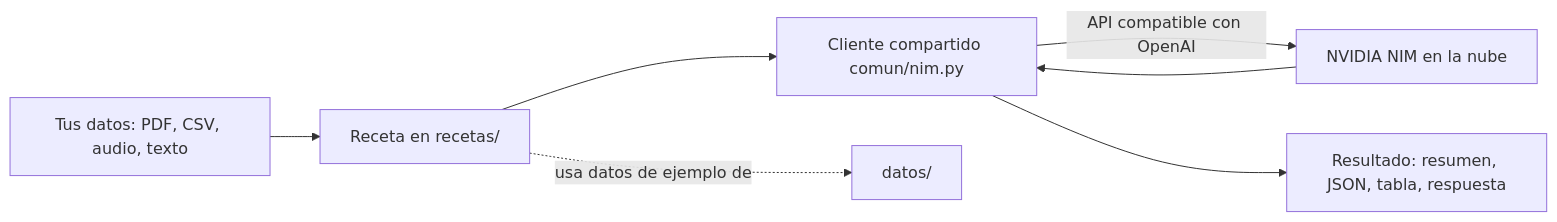
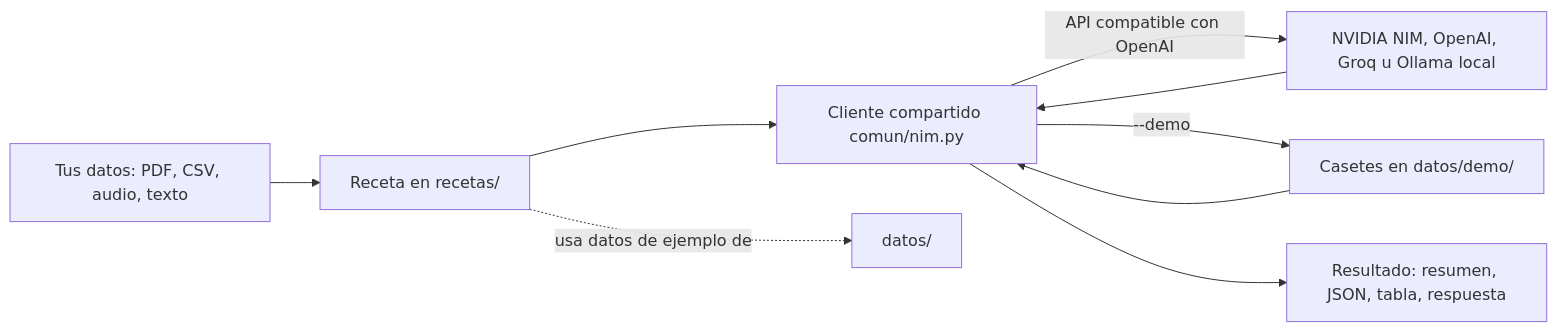
The first of 2 diagrams in README.md (AleBrito124356/recetas-ia), drawn with Mermaid before and after one commit. The commit also changed other lines of this file and 1 other file, not shown here.

First line of the commit message:
README y CHANGELOG: documenta el modo demo, proveedores y errores

````diff
--- a/README.md
+++ b/README.md
@@ -41,9 +85,11 @@
 ```mermaid
 flowchart LR
     A[Tus datos: PDF, CSV, audio, texto] --> B[Receta en recetas/]
     B --> C[Cliente compartido comun/nim.py]
-    C -->|API compatible con OpenAI| D[NVIDIA NIM en la nube]
+    C -->|API compatible con OpenAI| D[NVIDIA NIM, OpenAI, Groq u Ollama local]
+    C -->|--demo| G[Casetes en datos/demo/]
     D --> C
+    G --> C
     C --> E[Resultado: resumen, JSON, tabla, respuesta]
     B -.usa datos de ejemplo de.-> F[datos/]
 ```
````
